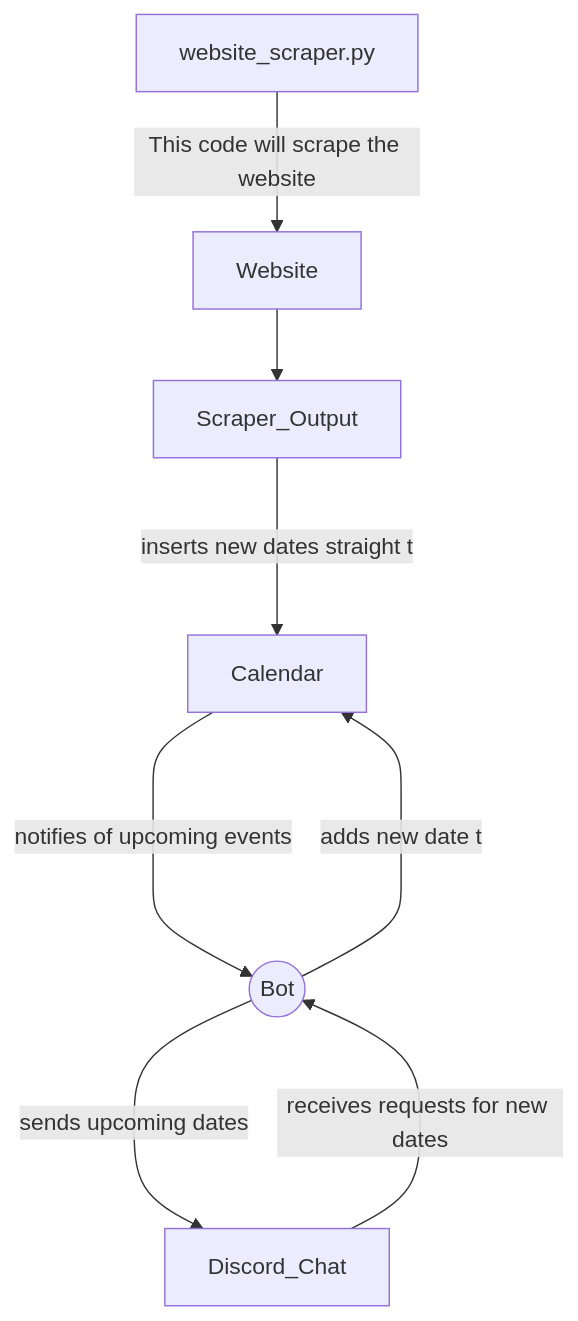
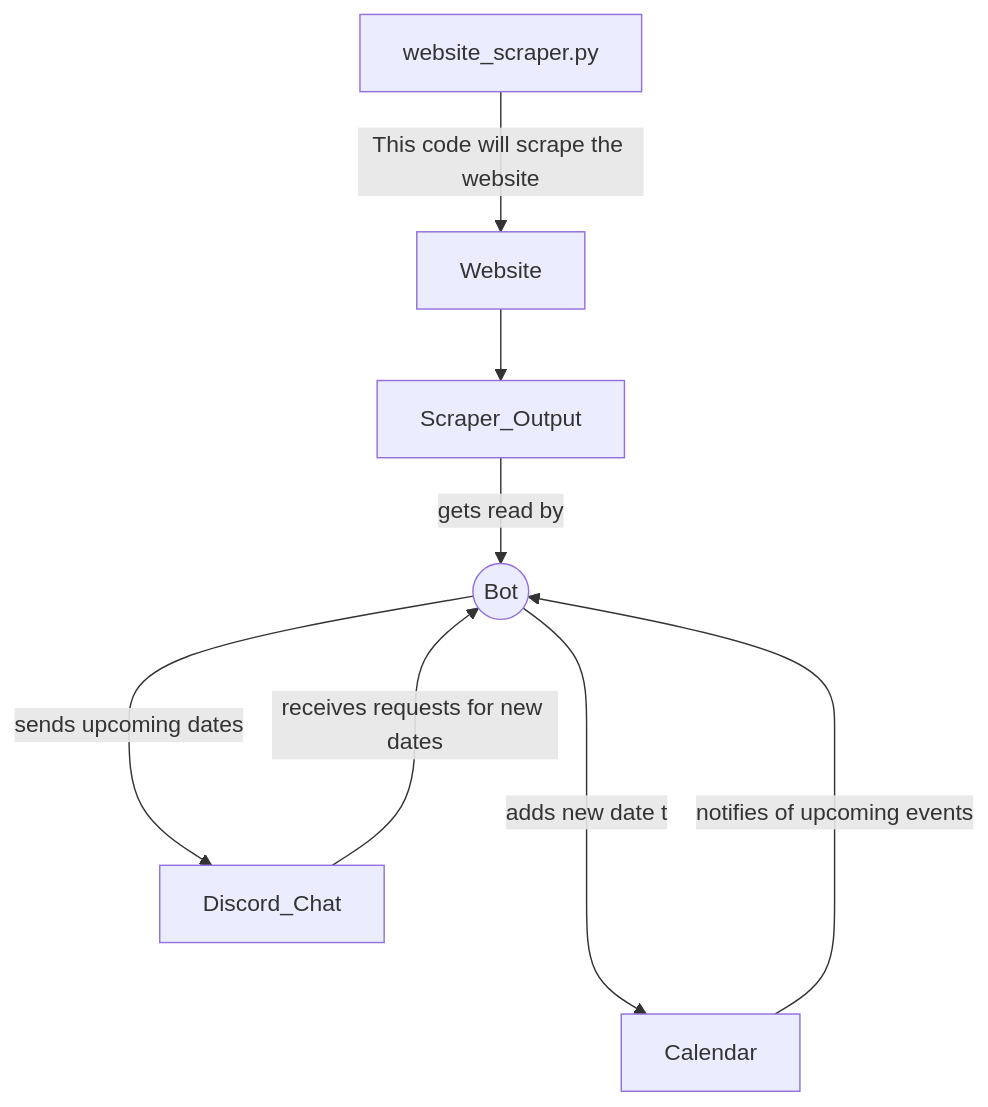
The diagram in readme.md (vesmor/ResearchBuddy), drawn with Mermaid before and after one commit. The commit also changed other lines of this file, not shown here.

Commit message:
updated flowchart in readme

````diff
--- a/readme.md
+++ b/readme.md
@@ -37,11 +38,11 @@
 ```mermaid
 
 	graph TD;
 	website_scraper.py--This code will scrape the website-->Website;
     Website-->Scraper_Output;
-    Scraper_Output--inserts new dates straight to-->Calendar;
+    Scraper_Output--gets read by-->Bot;
     Calendar--notifies of upcoming events---->Bot((Bot));
     Bot--adds new date to-->Calendar;
     Discord_Chat--receives requests for new dates--->Bot
     Bot--sends upcoming dates-->Discord_Chat
 ```
````
